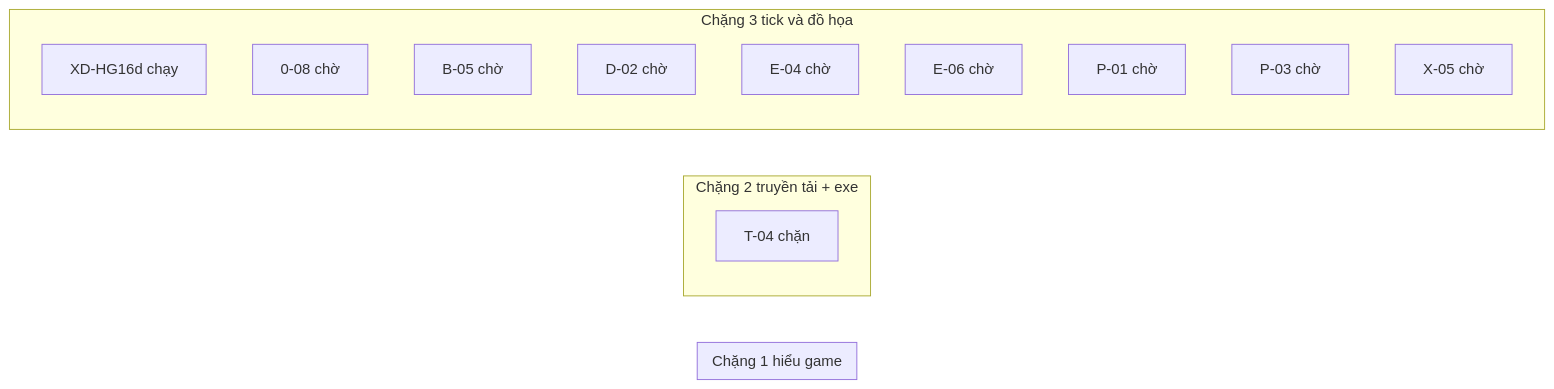
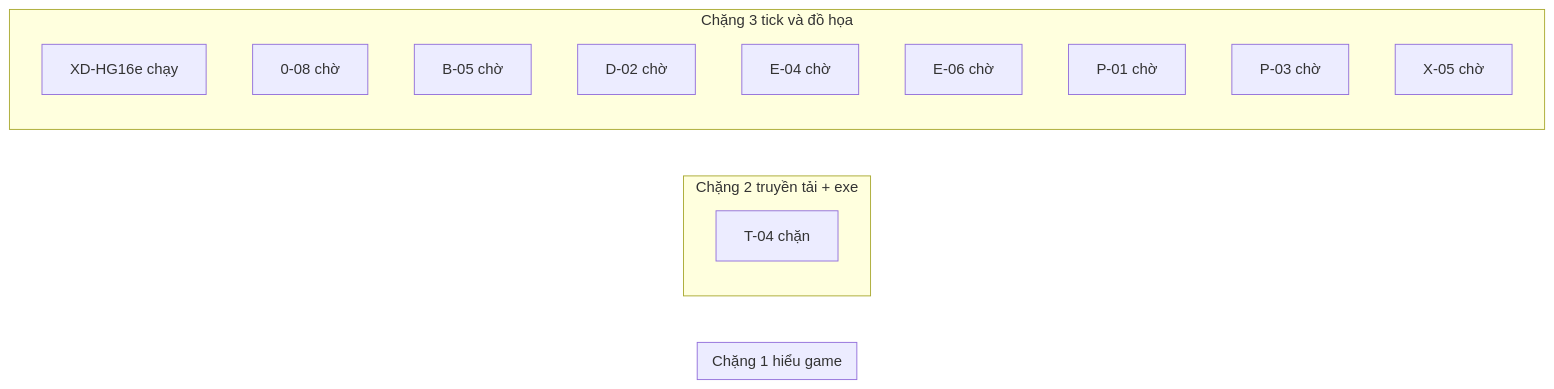
Before and after one commit to ndtangoss-dev/jx1-reports: the diagram in JX1_OPS/STATE/TIEN-DO.md, drawn with Mermaid. The commit also changed other lines of this file and 4 other files, not shown here.

````diff
--- a/JX1_OPS/STATE/TIEN-DO.md
+++ b/JX1_OPS/STATE/TIEN-DO.md
@@ -9,19 +9,19 @@
 ```mermaid
 flowchart LR
   subgraph S1["Chặng 1 hiểu game"]
   end
   subgraph S2["Chặng 2 truyền tải + exe"]
     T_04["T-04 chặn"]
   end
   subgraph S3["Chặng 3 tick và đồ họa"]
-    XD_HG16d["XD-HG16d chạy"]
+    XD_HG16e["XD-HG16e chạy"]
     0_08["0-08 chờ"]
     B_05["B-05 chờ"]
     D_02["D-02 chờ"]
     E_04["E-04 chờ"]
     E_06["E-06 chờ"]
     P_01["P-01 chờ"]
     P_03["P-03 chờ"]
     X_05["X-05 chờ"]
   end
 ```
````
